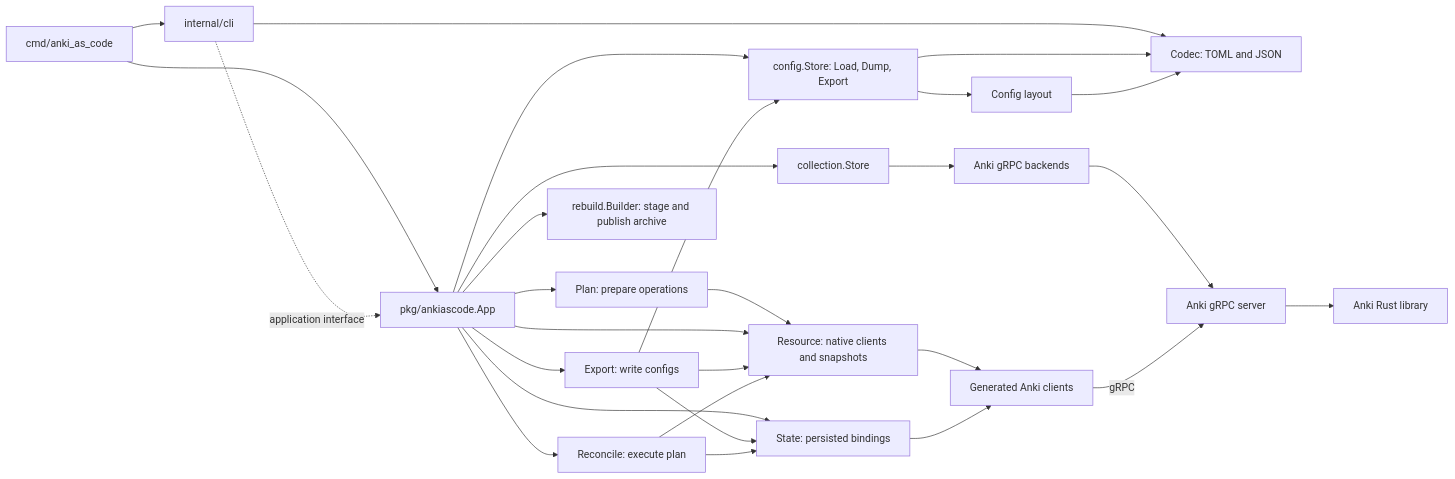
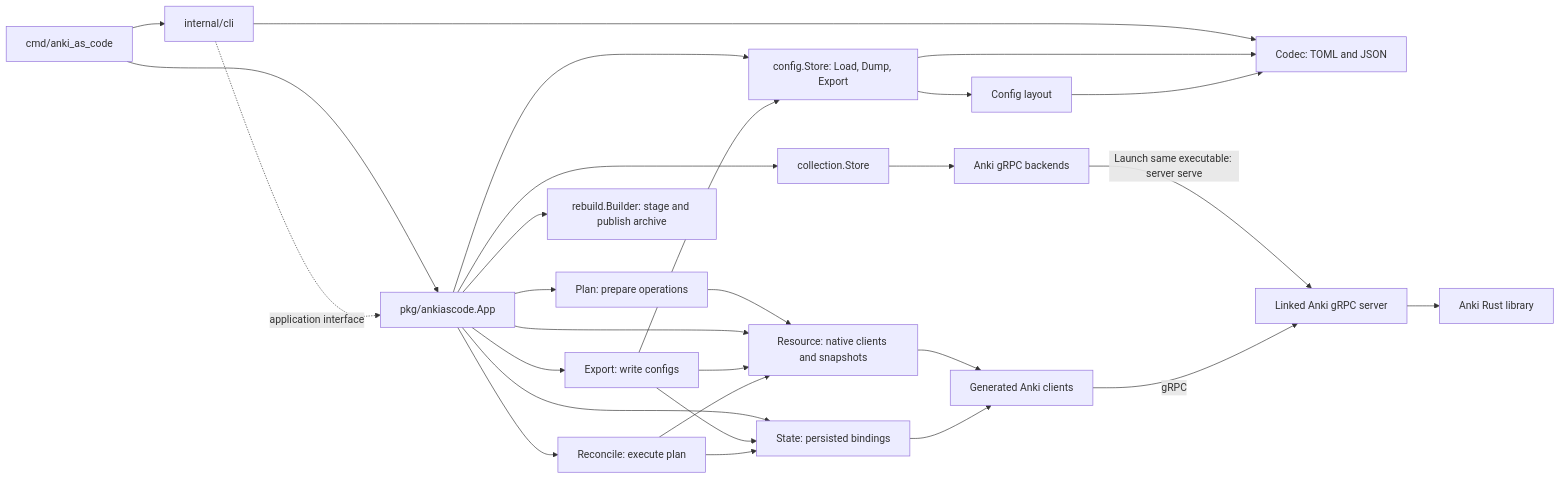
Before and after one commit to alwaldend/src: the diagram in projects/anki_as_code/docs/architecture.mmd, drawn with Mermaid. The commit also changed 64 other files, not shown here.

First line of the commit message:
Link the Anki server into the CLI executable

```diff
--- a/projects/anki_as_code/docs/architecture.mmd
+++ b/projects/anki_as_code/docs/architecture.mmd
@@ -1,28 +1,28 @@
 flowchart LR
     entry[cmd/anki_as_code] --> cli[internal/cli]
     entry --> app[pkg/ankiascode.App]
     cli -. application interface .-> app
     app --> collections[collection.Store]
     app --> export[Export: write configs]
     app --> planning[Plan: prepare operations]
     app --> reconcile[Reconcile: execute plan]
     app --> builder[rebuild.Builder: stage and publish archive]
     planning --> resource
     app --> config[config.Store: Load, Dump, Export]
     app --> state[State: persisted bindings]
     cli --> codec[Codec: TOML and JSON]
     app --> resource[Resource: native clients and snapshots]
     export --> resource
     resource --> services[Generated Anki clients]
     export --> state
     export --> config
     config --> layout[Config layout]
     config --> codec
     layout --> codec
     reconcile --> state
     reconcile --> resource
     state --> services
     collections --> backend[Anki gRPC backends]
-    backend --> server[Anki gRPC server]
+    backend -->|Launch same executable: server serve| server[Linked Anki gRPC server]
     services -->|gRPC| server
     server --> native[Anki Rust library]
```
